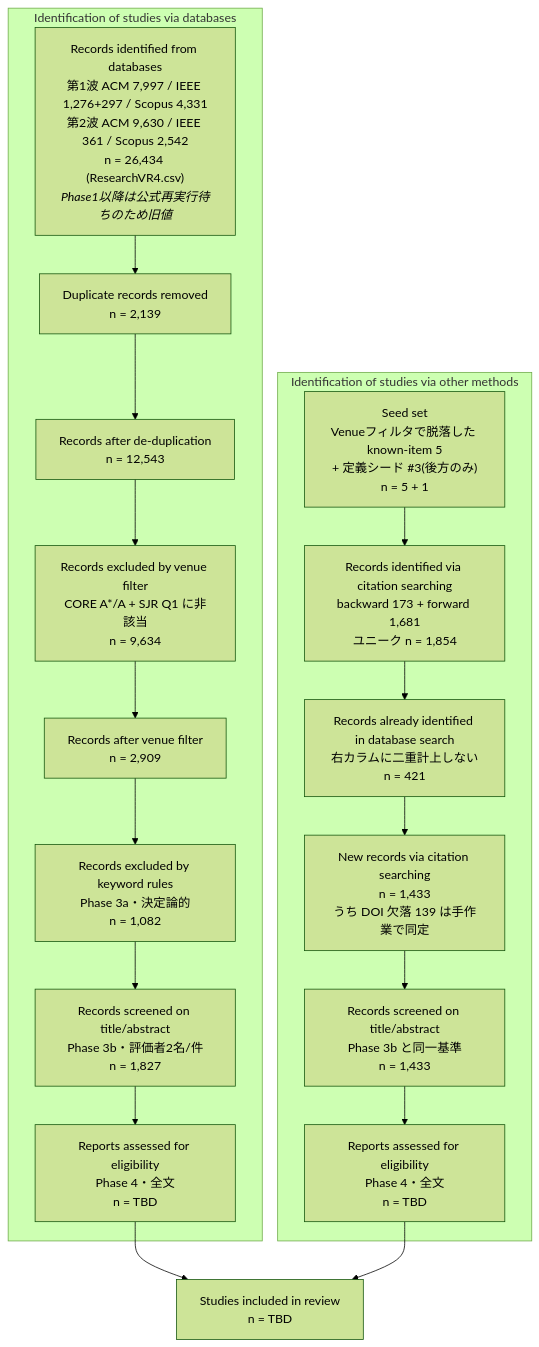
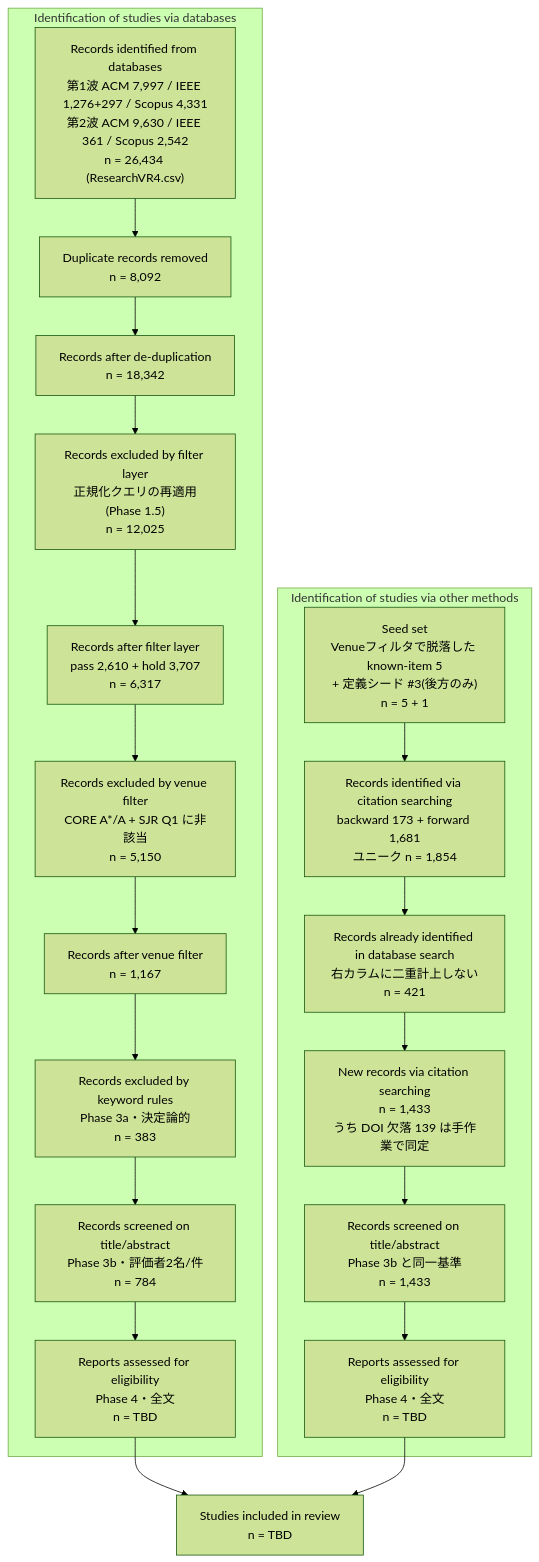
One commit to usamaru33/SurveyProtocol changed the diagram in docs/snowballing_protocol.md. Above: the diagram before and after it, drawn with Mermaid (forest theme). The commit also changed 1 other file, not shown here.

Commit message:
README と PRISMA フロー図に Phase 1.5 を反映（Rev.13 の反映漏れ）
Rev.13 で「文書を一斉更新」としたが、README と snowballing_protocol.md の
PRISMA フロー図はバージョン番号を書き換えただけで実体を更新していなかった。

## README（フィルタ層の記載が0件だった）

- 冒頭の確定値が「2026-07-17 実行 / 14,682 → 12,543 → 2,909 → 1,827件」のままだった。
  現行の 26,434 → 18,342 → 6,317 → 1,167 → 784 に更新
- **§5 に「Phase 1.5: フィルタ層」の節を新設**。なぜ必要か(DB別の scope 差の実測値)、
  配置の理由(選定基準より前・重複削除より後)、フェイルセーフ設計、出力列、結果表、
  および却下したキーワードスコア案とその根拠
- §5 Phase 2 結果表: 2,909件 → 1,167件。Rev.12 の改修で venue 脱落の内訳が
  「照合漏れ3」→「照合漏れ1 / ランク不足3」に変わったことを追記
  (エイリアス表を通していない旨の警告は再実行済みなので削除)
- §5 Phase 3 結果表: 1,827件 → 784件、カテゴリ別も現行値へ
- §6 PRISMA 数値: Phase 1.5 を含む5段のチェーンに書き換え
- §4 ファイル構成: ResearchVR4.csv を現行入力に、step1_5_filter_*.csv を追加、
  各 step ファイルの件数を更新
- §10 実行例の --input を ResearchVR4.csv へ

## snowballing_protocol.md

PRISMA フロー図の左カラムが旧チェーンのままだった。Phase 1.5 のノードを追加し、
L2〜L7 の数値を現行値へ更新。L1 の「Phase1以降は再実行待ち」注記は解消したので削除。

## 検証

パイプラインを説明する全7文書(README / rule.md / PROGRESS_LOG / screening_protocol /
snowballing_protocol / protocol_changelog / main.tex)について、Phase 1.5 の記載と
現行チェーンの数値が入っていることを機械的に確認。旧数値(2,659 / 4,025 / 2,909 / 1,827)の
残存は履歴文脈を除いてゼロ。

````diff
--- a/docs/snowballing_protocol.md
+++ b/docs/snowballing_protocol.md
@@ -186,27 +186,29 @@
 ```mermaid
 flowchart TB
     subgraph L["Identification of studies via databases"]
-        L1["Records identified from databases<br/>第1波 ACM 7,997 / IEEE 1,276+297 / Scopus 4,331<br/>第2波 ACM 9,630 / IEEE 361 / Scopus 2,542<br/>n = 26,434 (ResearchVR4.csv)<br/><i>Phase1以降は公式再実行待ちのため旧値</i>"]
-        L2["Duplicate records removed<br/>n = 2,139"]
-        L3["Records after de-duplication<br/>n = 12,543"]
-        L4["Records excluded by venue filter<br/>CORE A*/A + SJR Q1 に非該当<br/>n = 9,634"]
-        L5["Records after venue filter<br/>n = 2,909"]
-        L6["Records excluded by keyword rules<br/>Phase 3a・決定論的<br/>n = 1,082"]
-        L7["Records screened on title/abstract<br/>Phase 3b・評価者2名/件<br/>n = 1,827"]
+        L1["Records identified from databases<br/>第1波 ACM 7,997 / IEEE 1,276+297 / Scopus 4,331<br/>第2波 ACM 9,630 / IEEE 361 / Scopus 2,542<br/>n = 26,434 (ResearchVR4.csv)"]
+        L2["Duplicate records removed<br/>n = 8,092"]
+        L3["Records after de-duplication<br/>n = 18,342"]
+        LF["Records excluded by filter layer<br/>正規化クエリの再適用(Phase 1.5)<br/>n = 12,025"]
+        LG["Records after filter layer<br/>pass 2,610 + hold 3,707<br/>n = 6,317"]
+        L4["Records excluded by venue filter<br/>CORE A*/A + SJR Q1 に非該当<br/>n = 5,150"]
+        L5["Records after venue filter<br/>n = 1,167"]
+        L6["Records excluded by keyword rules<br/>Phase 3a・決定論的<br/>n = 383"]
+        L7["Records screened on title/abstract<br/>Phase 3b・評価者2名/件<br/>n = 784"]
         L8["Reports assessed for eligibility<br/>Phase 4・全文<br/>n = TBD"]
-        L1 --> L2 --> L3 --> L4 --> L5 --> L6 --> L7 --> L8
+        L1 --> L2 --> L3 --> LF --> LG --> L4 --> L5 --> L6 --> L7 --> L8
     end
 
     subgraph R["Identification of studies via other methods"]
         R1["Seed set<br/>Venueフィルタで脱落した known-item 5<br/>+ 定義シード #3(後方のみ)<br/>n = 5 + 1"]
         R2["Records identified via citation searching<br/>backward 173 + forward 1,681<br/>ユニーク n = 1,854"]
         R3["Records already identified in database search<br/>右カラムに二重計上しない<br/>n = 421"]
         R4["New records via citation searching<br/>n = 1,433<br/>うち DOI 欠落 139 は手作業で同定"]
         R5["Records screened on title/abstract<br/>Phase 3b と同一基準<br/>n = 1,433"]
         R6["Reports assessed for eligibility<br/>Phase 4・全文<br/>n = TBD"]
         R1 --> R2 --> R3 --> R4 --> R5 --> R6
     end
 
     L8 --> INC["Studies included in review<br/>n = TBD"]
     R6 --> INC
 ```
````
